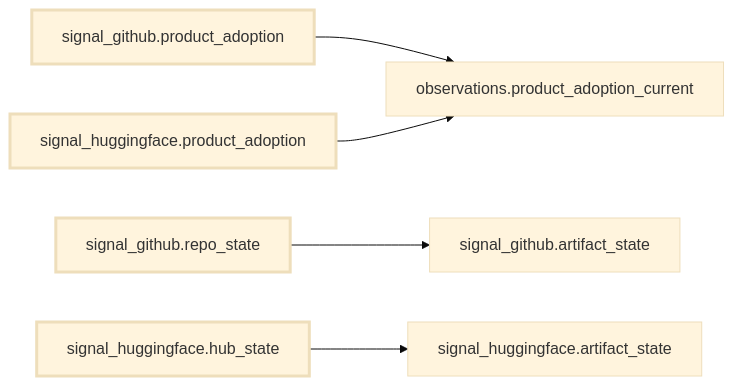
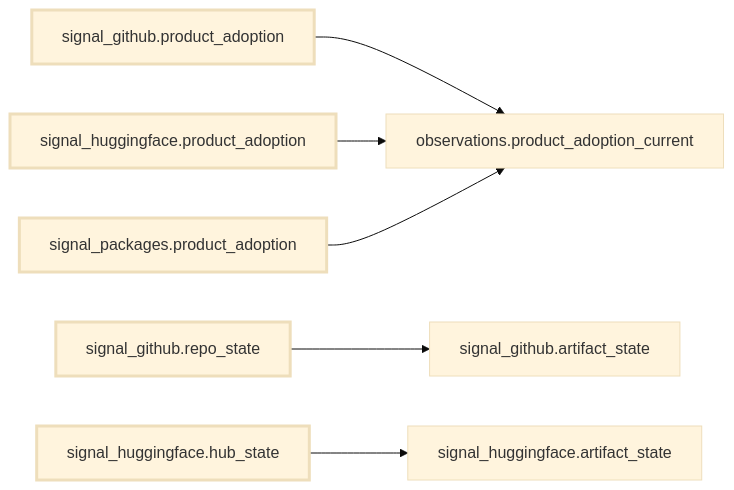
Before and after one commit to currentai-org/os-ai-map: the third of 3 diagrams in docs/architecture/current-state-dag.md, drawn with Mermaid (base theme). The commit also changed other lines of this file and 3 other files, not shown here.

First line of the commit message:
chore(warehouse): reconcile the signal_packages inventory with the deploy

````diff
--- a/docs/architecture/current-state-dag.md
+++ b/docs/architecture/current-state-dag.md
@@ -177,9 +171,10 @@
 ```mermaid
 graph LR
   signal_github__product_adoption[signal_github.product_adoption]:::compat --> observations__product_adoption_current[observations.product_adoption_current]
   signal_github__repo_state[signal_github.repo_state]:::compat --> signal_github__artifact_state[signal_github.artifact_state]
   signal_huggingface__hub_state[signal_huggingface.hub_state]:::compat --> signal_huggingface__artifact_state[signal_huggingface.artifact_state]
   signal_huggingface__product_adoption[signal_huggingface.product_adoption]:::compat --> observations__product_adoption_current[observations.product_adoption_current]
+  signal_packages__product_adoption[signal_packages.product_adoption]:::compat --> observations__product_adoption_current[observations.product_adoption_current]
   classDef compat stroke-width:3px;
   classDef src fill:#def;
 ```
````
